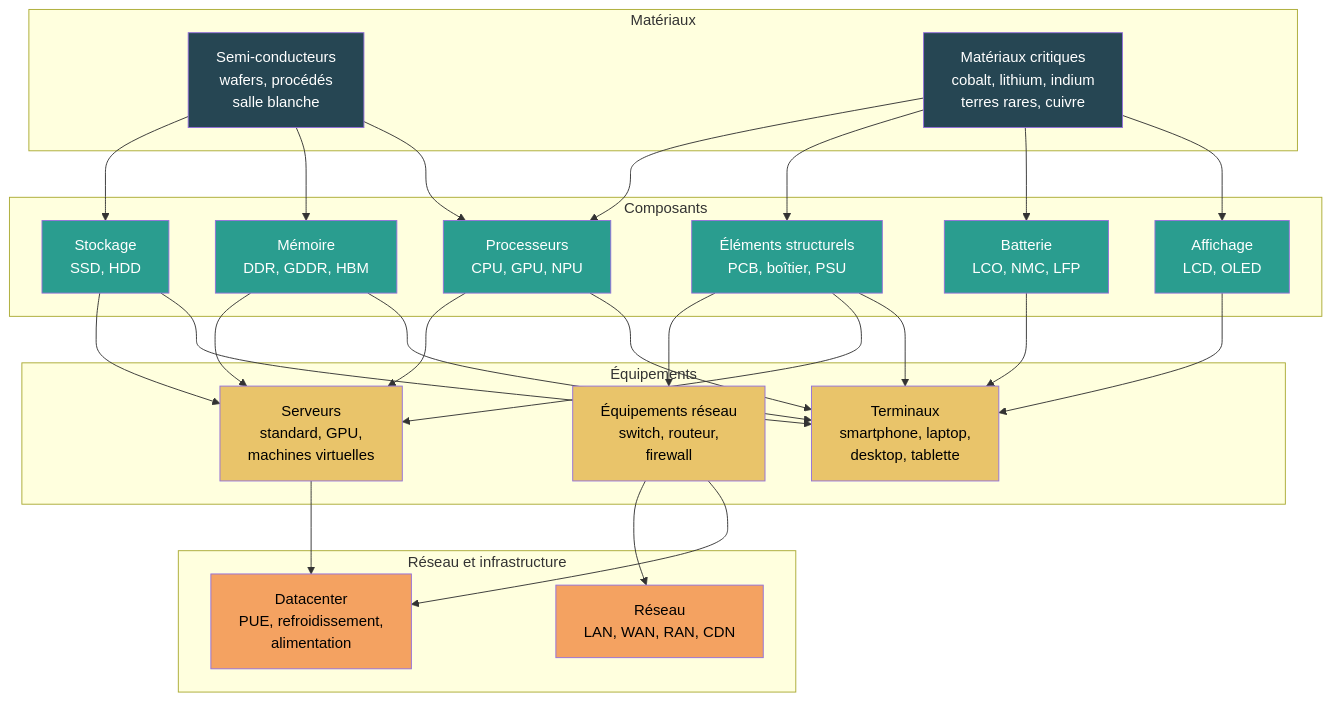
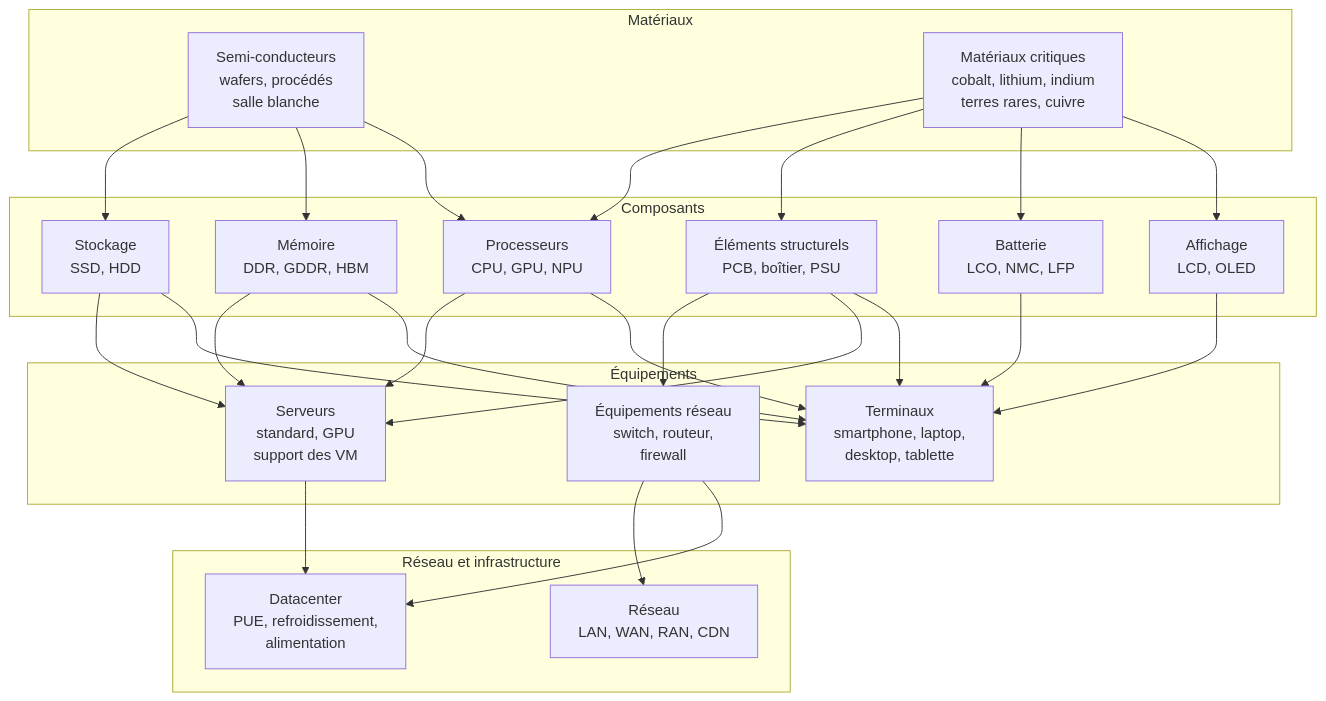
One commit to digital4better/methodology changed the diagram in docs/materiel/vue-d-ensemble-du-materiel.md. Above: the diagram before and after it, drawn with Mermaid. The commit also changed other lines of this file and 193 other files, not shown here.

````diff
--- a/docs/materiel/vue-d-ensemble-du-materiel.md
+++ b/docs/materiel/vue-d-ensemble-du-materiel.md
@@ -21,60 +19,60 @@
 ```mermaid
 flowchart TD
     subgraph Matériaux
         M1[Semi-conducteurs<br>wafers, procédés<br>salle blanche]
         M2[Matériaux critiques<br>cobalt, lithium, indium<br>terres rares, cuivre]
     end
     subgraph Composants
         C1[Processeurs<br>CPU, GPU, NPU]
         C2[Mémoire<br>DDR, GDDR, HBM]
         C3[Stockage<br>SSD, HDD]
         C4[Affichage<br>LCD, OLED]
         C5[Batterie<br>LCO, NMC, LFP]
         C6[Éléments structurels<br>PCB, boîtier, PSU]
     end
     subgraph Équipements
         E1[Terminaux<br>smartphone, laptop,<br>desktop, tablette]
-        E2[Serveurs<br>standard, GPU,<br>machines virtuelles]
+        E2[Serveurs<br>standard, GPU<br>support des VM]
         E3[Équipements réseau<br>switch, routeur,<br>firewall]
     end
     subgraph Réseau et infrastructure
         I1[Réseau<br>LAN, WAN, RAN, CDN]
         I2[Datacenter<br>PUE, refroidissement,<br>alimentation]
     end
 
     M1 --> C1
     M1 --> C2
     M1 --> C3
     M2 --> C4
     M2 --> C5
     M2 --> C6
     M2 --> C1
     C1 --> E1
     C2 --> E1
     C3 --> E1
     C4 --> E1
     C5 --> E1
     C6 --> E1
     C1 --> E2
     C2 --> E2
     C3 --> E2
     C6 --> E2
     C6 --> E3
     E2 --> I2
     E3 --> I2
     E3 --> I1
 
-    style M1 fill:#264653,color:#fff
-    style M2 fill:#264653,color:#fff
-    style C1 fill:#2a9d8f,color:#fff
-    style C2 fill:#2a9d8f,color:#fff
-    style C3 fill:#2a9d8f,color:#fff
-    style C4 fill:#2a9d8f,color:#fff
-    style C5 fill:#2a9d8f,color:#fff
-    style C6 fill:#2a9d8f,color:#fff
-    style E1 fill:#e9c46a,color:#000
-    style E2 fill:#e9c46a,color:#000
-    style E3 fill:#e9c46a,color:#000
-    style I1 fill:#f4a261,color:#000
-    style I2 fill:#f4a261,color:#000
+    class M1 d4b-navy
+    class M2 d4b-navy
+    class C1 d4b-blue
+    class C2 d4b-blue
+    class C3 d4b-blue
+    class C4 d4b-blue
+    class C5 d4b-blue
+    class C6 d4b-blue
+    class E1 d4b-sand
+    class E2 d4b-sand
+    class E3 d4b-sand
+    class I1 d4b-rose
+    class I2 d4b-rose
 ```
````
